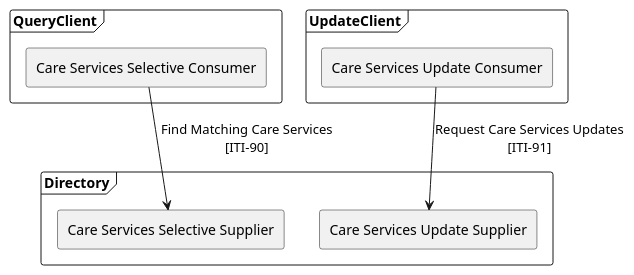
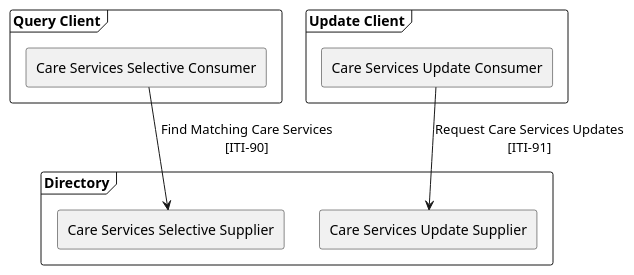
Before and after one commit to IHE/ITI.mCSD: the diagram in input/images-source/basic-deployment.plantuml, drawn with PlantUML. The commit also changed 2 other files, not shown here.

Commit message:
Updated text and diagrams around the deployment methods.

```diff
--- a/input/images-source/basic-deployment.plantuml
+++ b/input/images-source/basic-deployment.plantuml
@@ -1,20 +1,20 @@
 @startuml
 hide footbox
 
-frame QueryClient {
+frame "Query Client" {
 agent "Care Services Selective Consumer" as Query
 }
 
-frame UpdateClient {
+frame "Update Client" {
   agent "Care Services Update Consumer" as Consumer
 }
 
 frame Directory {
 agent "Care Services Selective Supplier" as Selective
 agent "Care Services Update Supplier" as Supplier
 }
 
 Query --> Selective: Find Matching Care Services\n[ITI-90]
 Consumer --> Supplier: Request Care Services Updates\n[ITI-91]
 
 @enduml
```
